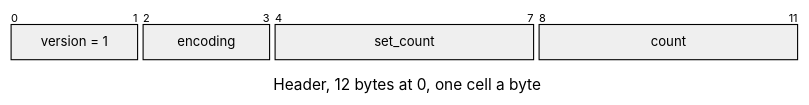
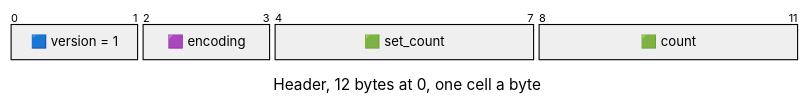
Before and after one commit to jose-villegas/autana: the diagram in docs/assets/formats/LCOL.md, drawn with Mermaid. The commit also changed 14 other files, not shown here.

````diff
--- a/docs/assets/formats/LCOL.md
+++ b/docs/assets/formats/LCOL.md
@@ -13,14 +13,14 @@
 ```mermaid
 ---
 config:
   packet:
     bitsPerRow: 12
     bitWidth: 60
 ---
 packet-beta
 title Header, 12 bytes at 0, one cell a byte
-0-1: "version = 1"
-2-3: "encoding"
-4-7: "set_count"
-8-11: "count"
+0-1: "🟦 version = 1"
+2-3: "🟪 encoding"
+4-7: "🟩 set_count"
+8-11: "🟩 count"
 ```
````
